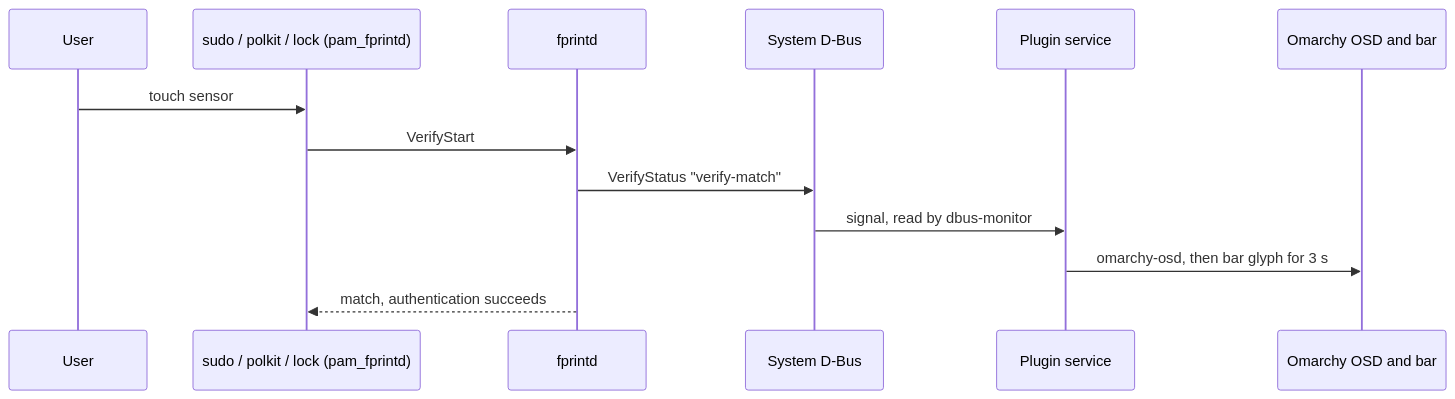
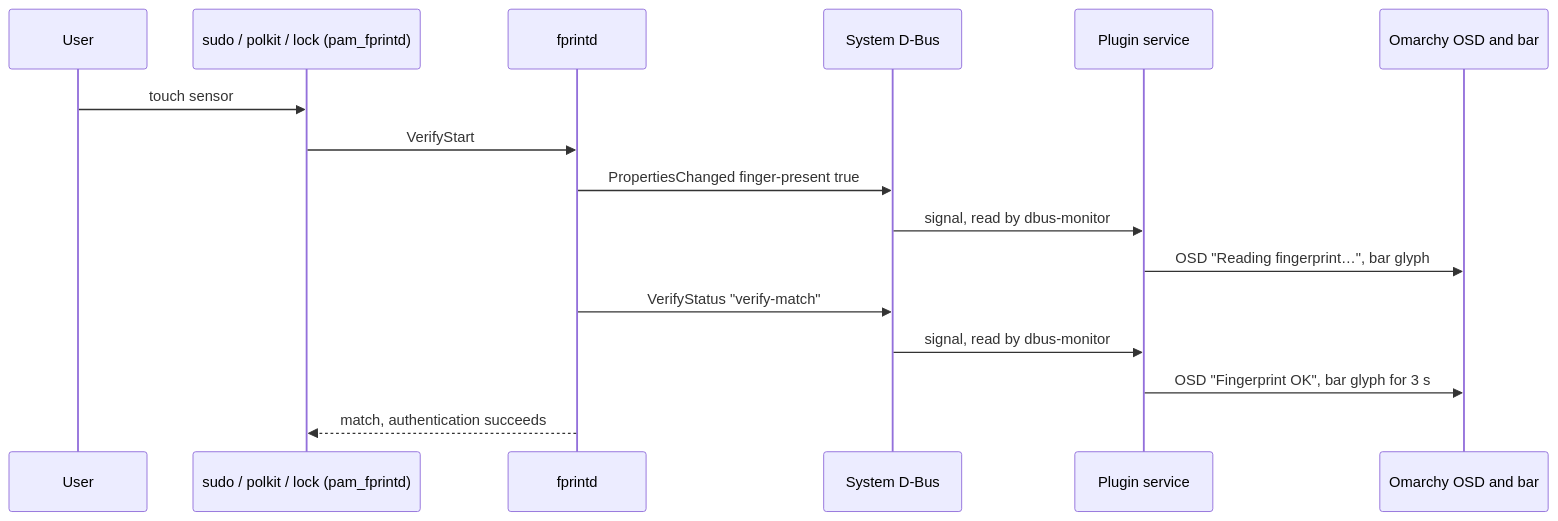
One commit to kbsali/omarchy-fingerprint-feedback changed the diagram in README.md. Above: the diagram before and after it, drawn with Mermaid. The commit also changed other lines of this file and 7 other files, not shown here.

````diff
--- a/README.md
+++ b/README.md
@@ -23,15 +27,18 @@
 ```mermaid
 sequenceDiagram
   participant U as User
   participant P as sudo / polkit / lock (pam_fprintd)
   participant F as fprintd
   participant B as System D-Bus
   participant S as Plugin service
   participant O as Omarchy OSD and bar
   U->>P: touch sensor
   P->>F: VerifyStart
+  F->>B: PropertiesChanged finger-present true
+  B->>S: signal, read by dbus-monitor
+  S->>O: OSD "Reading fingerprint…", bar glyph
   F->>B: VerifyStatus "verify-match"
   B->>S: signal, read by dbus-monitor
-  S->>O: omarchy-osd, then bar glyph for 3 s
+  S->>O: OSD "Fingerprint OK", bar glyph for 3 s
   F-->>P: match, authentication succeeds
 ```
````
